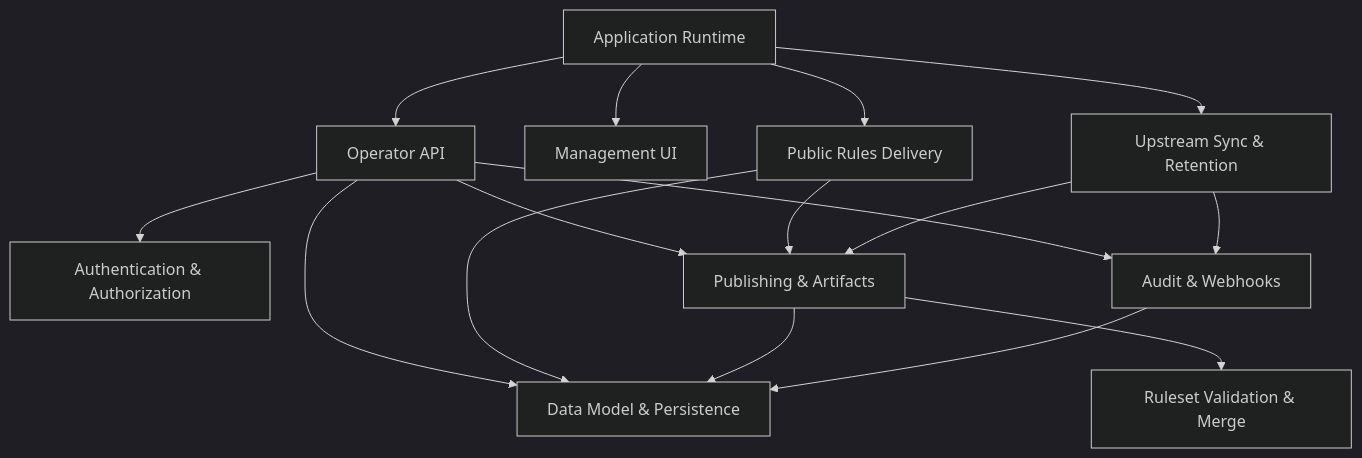
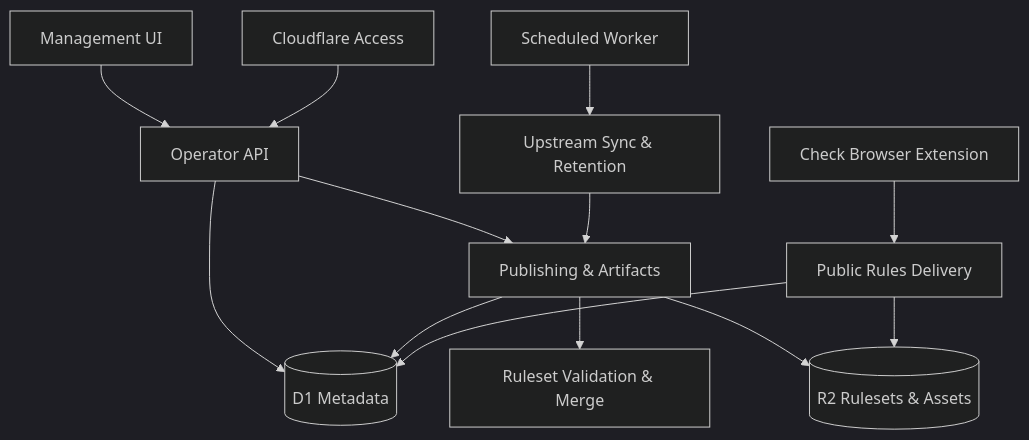
Before and after one commit to DailenG/CheckDeployManager: the diagram in docs/wiki/README.md, drawn with Mermaid (dark theme). The commit also changed other lines of this file and 14 other files, not shown here.

````diff
--- a/docs/wiki/README.md
+++ b/docs/wiki/README.md
@@ -20,29 +22,15 @@
 ```mermaid
 flowchart TD
-  Worker[Application Runtime]
-  Auth[Authentication & Authorization]
-  API[Operator API]
-  UI[Management UI]
-  Public[Public Rules Delivery]
-  Upstream[Upstream Sync & Retention]
-  Publish[Publishing & Artifacts]
-  Validate[Ruleset Validation & Merge]
-  Audit[Audit & Webhooks]
-  Data[Data Model & Persistence]
-
-  Worker --> API
-  Worker --> UI
-  Worker --> Public
-  Worker --> Upstream
-  API --> Auth
-  API --> Data
-  API --> Publish
-  API --> Audit
-  Public --> Data
-  Public --> Publish
-  Upstream --> Publish
-  Upstream --> Audit
-  Publish --> Validate
-  Publish --> Data
-  Audit --> Data
+  UI[Management UI] --> API[Operator API]
+  Access[Cloudflare Access] --> API
+  API --> DB[(D1 Metadata)]
+  API --> Publish[Publishing & Artifacts]
+  Cron[Scheduled Worker] --> Sync[Upstream Sync & Retention]
+  Sync --> Publish
+  Publish --> Validate[Ruleset Validation & Merge]
+  Publish --> DB
+  Publish --> R2[(R2 Rulesets & Assets)]
+  Public[Public Rules Delivery] --> DB
+  Public --> R2
+  Extension[Check Browser Extension] --> Public
 ```
````
